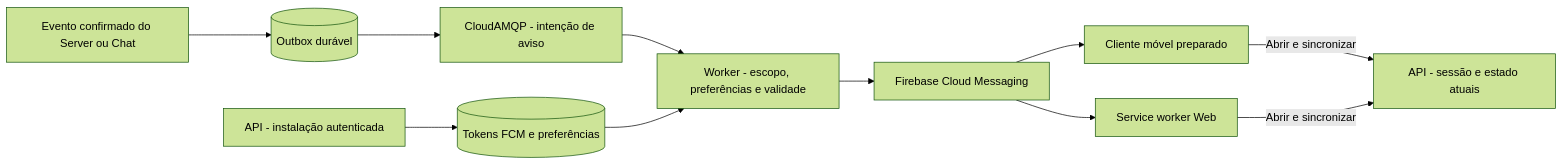
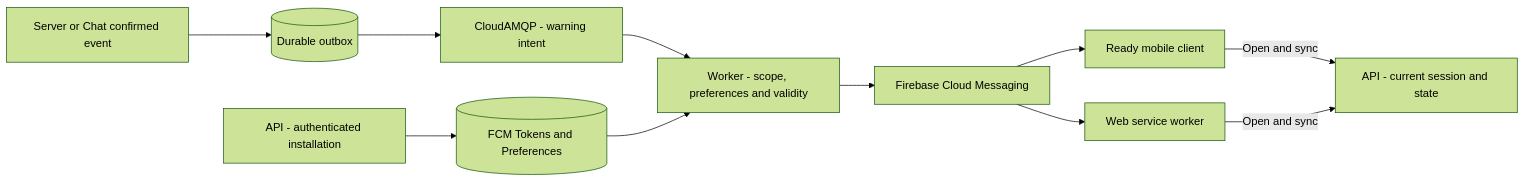
Before and after one commit to ReeseArch64/opencok: the ninth of 14 diagrams in .github/ARCHITECTURE.md, drawn with Mermaid (forest theme). The commit also changed other lines of this file and 10 other files, not shown here.

````diff
--- a/.github/ARCHITECTURE.md
+++ b/.github/ARCHITECTURE.md
@@ -973,13 +948,13 @@
 ```mermaid
 flowchart LR
-  event[Evento confirmado do Server ou Chat] --> outbox[(Outbox durável)]
-  outbox --> queue[CloudAMQP - intenção de aviso]
-  queue --> worker[Worker - escopo, preferências e validade]
-  api[API - instalação autenticada] --> devices[(Tokens FCM e preferências)]
+  event[Server or Chat confirmed event] --> outbox[(Durable outbox)]
+  outbox --> queue[CloudAMQP - warning intent]
+  queue --> worker[Worker - scope, preferences and validity]
+  api[API - authenticated installation] --> devices[(FCM Tokens and Preferences)]
   devices --> worker
   worker --> fcm[Firebase Cloud Messaging]
-  fcm --> mobile[Cliente móvel preparado]
-  fcm --> sw[Service worker Web]
-  mobile -->|Abrir e sincronizar| sync[API - sessão e estado atuais]
-  sw -->|Abrir e sincronizar| sync
+  fcm --> mobile[Ready mobile client]
+  fcm --> sw[Web service worker]
+  mobile -->|Open and sync| sync[API - current session and state]
+  sw -->|Open and sync| sync
 ```
````
